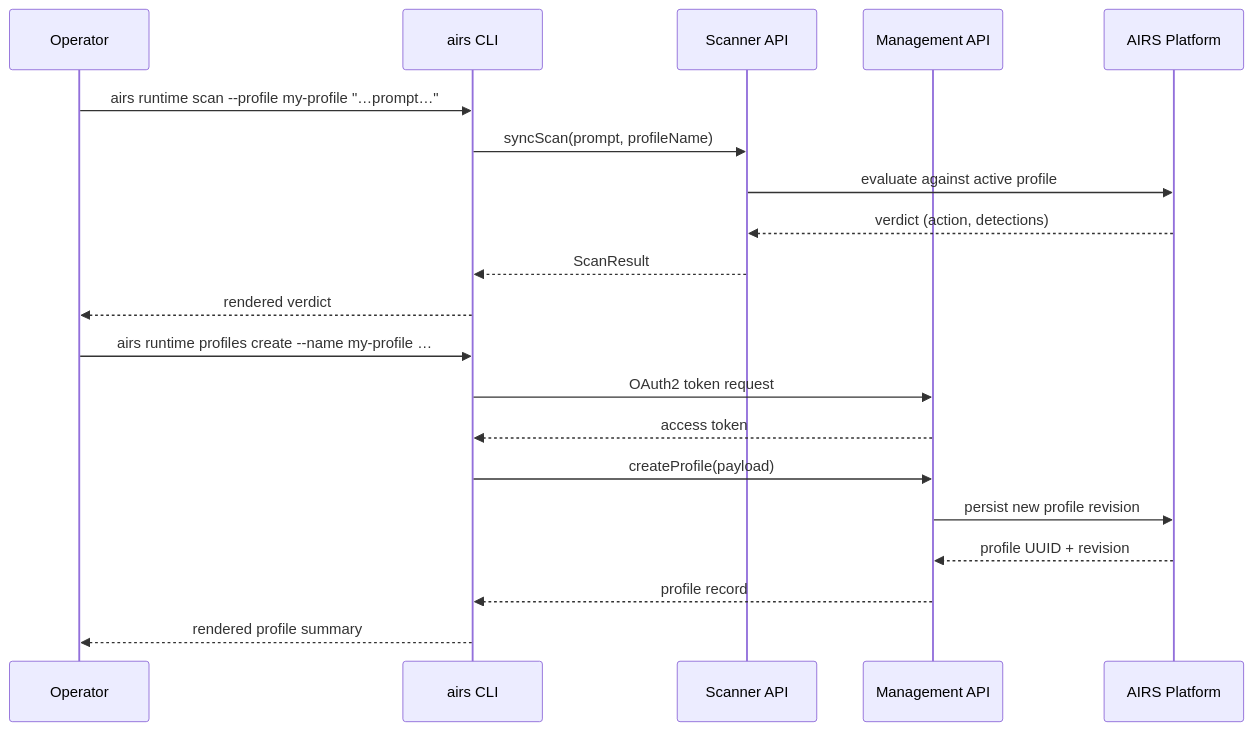
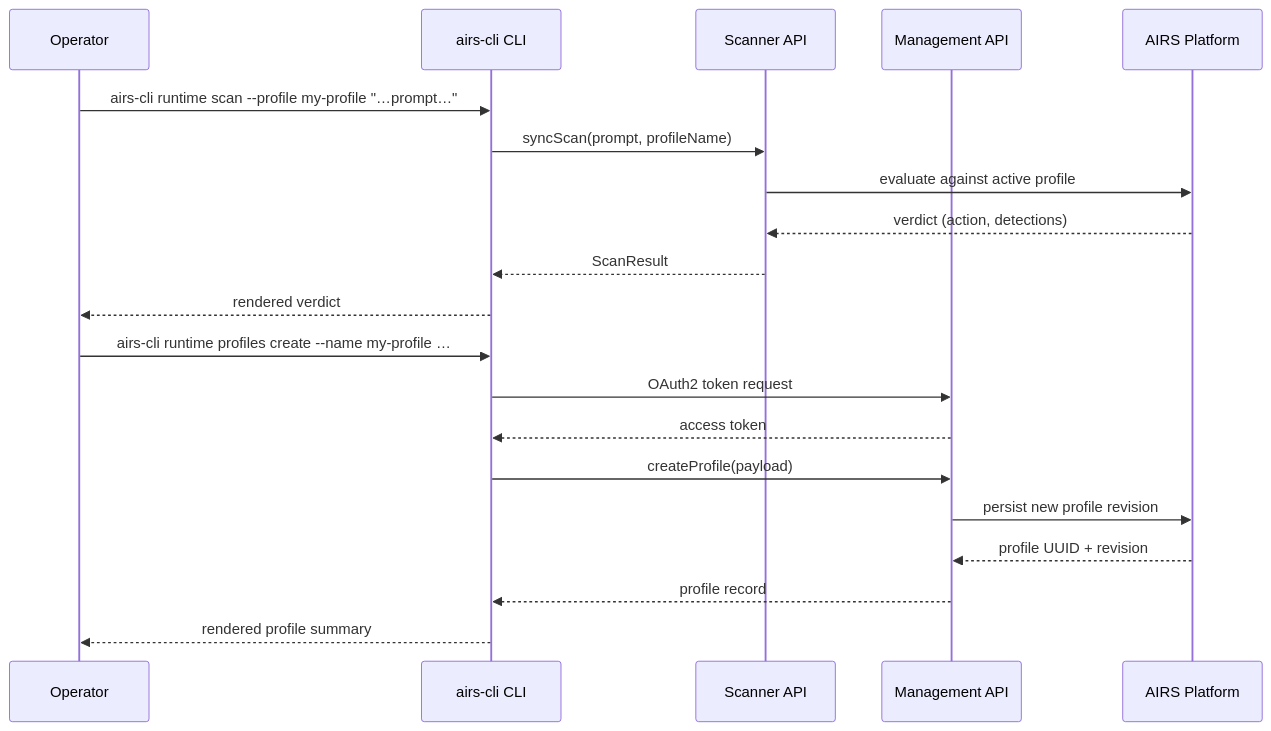
One commit to cdot65/prisma-airs-cli changed the diagram in docs-site/docs/concepts/how-prisma-airs-works.md. Above: the diagram before and after it, drawn with Mermaid. The commit also changed other lines of this file and 174 other files, not shown here.

Commit message:
feat!: rename Prisma AIRS executable to airs-cli for harness coexistence

````diff
--- a/docs-site/docs/concepts/how-prisma-airs-works.md
+++ b/docs-site/docs/concepts/how-prisma-airs-works.md
@@ -41,24 +41,24 @@
 ```mermaid
 sequenceDiagram
     participant O as Operator
-    participant CLI as airs CLI
+    participant CLI as airs-cli CLI
     participant SA as Scanner API
     participant MA as Management API
     participant P as AIRS Platform
 
-    O->>CLI: airs runtime scan --profile my-profile "…prompt…"
+    O->>CLI: airs-cli runtime scan --profile my-profile "…prompt…"
     CLI->>SA: syncScan(prompt, profileName)
     SA->>P: evaluate against active profile
     P-->>SA: verdict (action, detections)
     SA-->>CLI: ScanResult
     CLI-->>O: rendered verdict
 
-    O->>CLI: airs runtime profiles create --name my-profile …
+    O->>CLI: airs-cli runtime profiles create --name my-profile …
     CLI->>MA: OAuth2 token request
     MA-->>CLI: access token
     CLI->>MA: createProfile(payload)
     MA->>P: persist new profile revision
     P-->>MA: profile UUID + revision
     MA-->>CLI: profile record
     CLI-->>O: rendered profile summary
 ```
````
